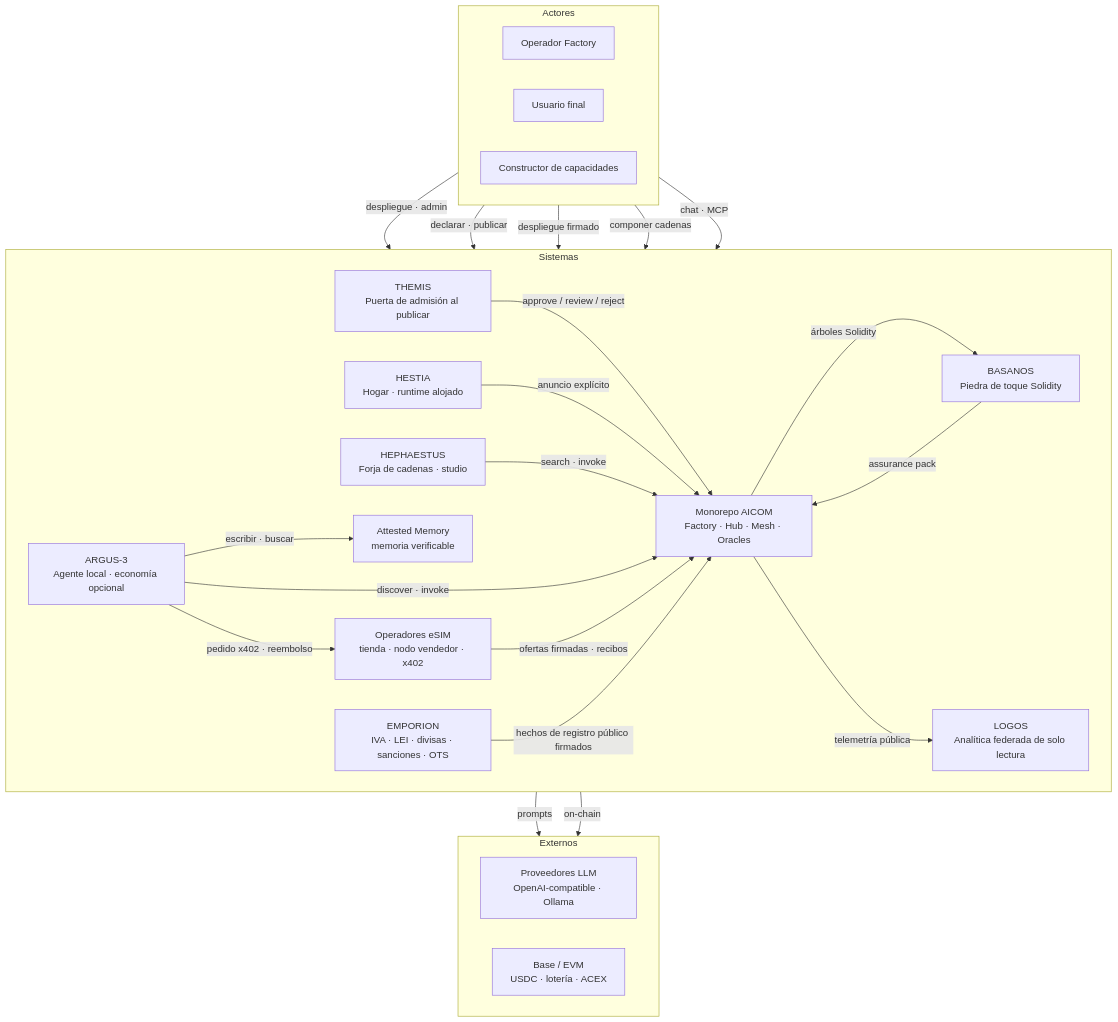
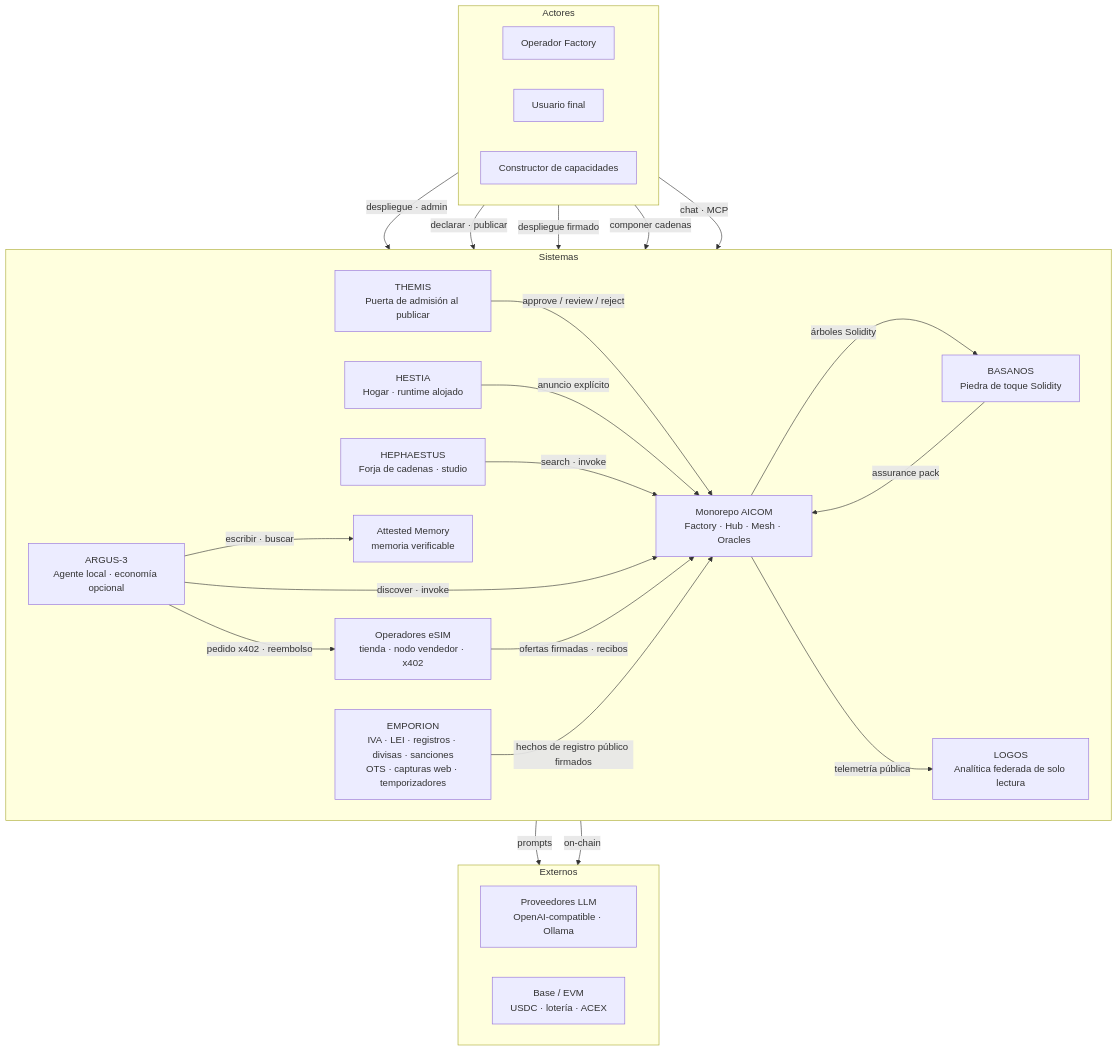
One commit to alexar76/aicom changed the second of 5 diagrams in docs/ecosystem/whitepaper/es.md. Above: the diagram before and after it, drawn with Mermaid. The commit also changed other lines of this file and 26 other files, not shown here.

````diff
--- a/docs/ecosystem/whitepaper/es.md
+++ b/docs/ecosystem/whitepaper/es.md
@@ -149,48 +149,48 @@
 ```mermaid
 flowchart TB
   subgraph actors["Actores"]
     direction LR
     operator["Operador Factory"]
     enduser["Usuario final"]
     builder["Constructor de capacidades"]
   end
 
   subgraph systems["Sistemas"]
     direction LR
     aicom["Monorepo AICOM<br/>Factory · Hub · Mesh · Oracles"]
     themis["THEMIS<br/>Puerta de admisión al publicar"]
     hestia["HESTIA<br/>Hogar · runtime alojado"]
     basanos["BASANOS<br/>Piedra de toque Solidity"]
     hephaestus["HEPHAESTUS<br/>Forja de cadenas · studio"]
     logos["LOGOS<br/>Analítica federada de solo lectura"]
     argus["ARGUS-3<br/>Agente local · economía opcional"]
     memory["Attested Memory<br/>memoria verificable"]
     esim["Operadores eSIM<br/>tienda · nodo vendedor · x402"]
-    emporion["EMPORION<br/>IVA · LEI · divisas · sanciones · OTS"]
+    emporion["EMPORION<br/>IVA · LEI · registros · divisas · sanciones<br/>OTS · capturas web · temporizadores"]
   end
 
   subgraph external["Externos"]
     direction LR
     llm["Proveedores LLM<br/>OpenAI-compatible · Ollama"]
     chain["Base / EVM<br/>USDC · lotería · ACEX"]
   end
 
   operator -->|despliegue · admin| aicom
   builder -->|declarar · publicar| themis
   themis -->|"approve / review / reject"| aicom
   builder -->|despliegue firmado| hestia
   hestia -->|anuncio explícito| aicom
   enduser -->|componer cadenas| hephaestus
   hephaestus -->|search · invoke| aicom
   aicom -->|árboles Solidity| basanos
   basanos -->|assurance pack| aicom
   enduser -->|chat · MCP| argus
   argus -->|discover · invoke| aicom
   argus -->|escribir · buscar| memory
   argus -->|pedido x402 · reembolso| esim
   esim -->|ofertas firmadas · recibos| aicom
   emporion -->|hechos de registro público firmados| aicom
   aicom -->|telemetría pública| logos
   aicom -->|prompts| llm
   aicom -->|on-chain| chain
 ```
````
